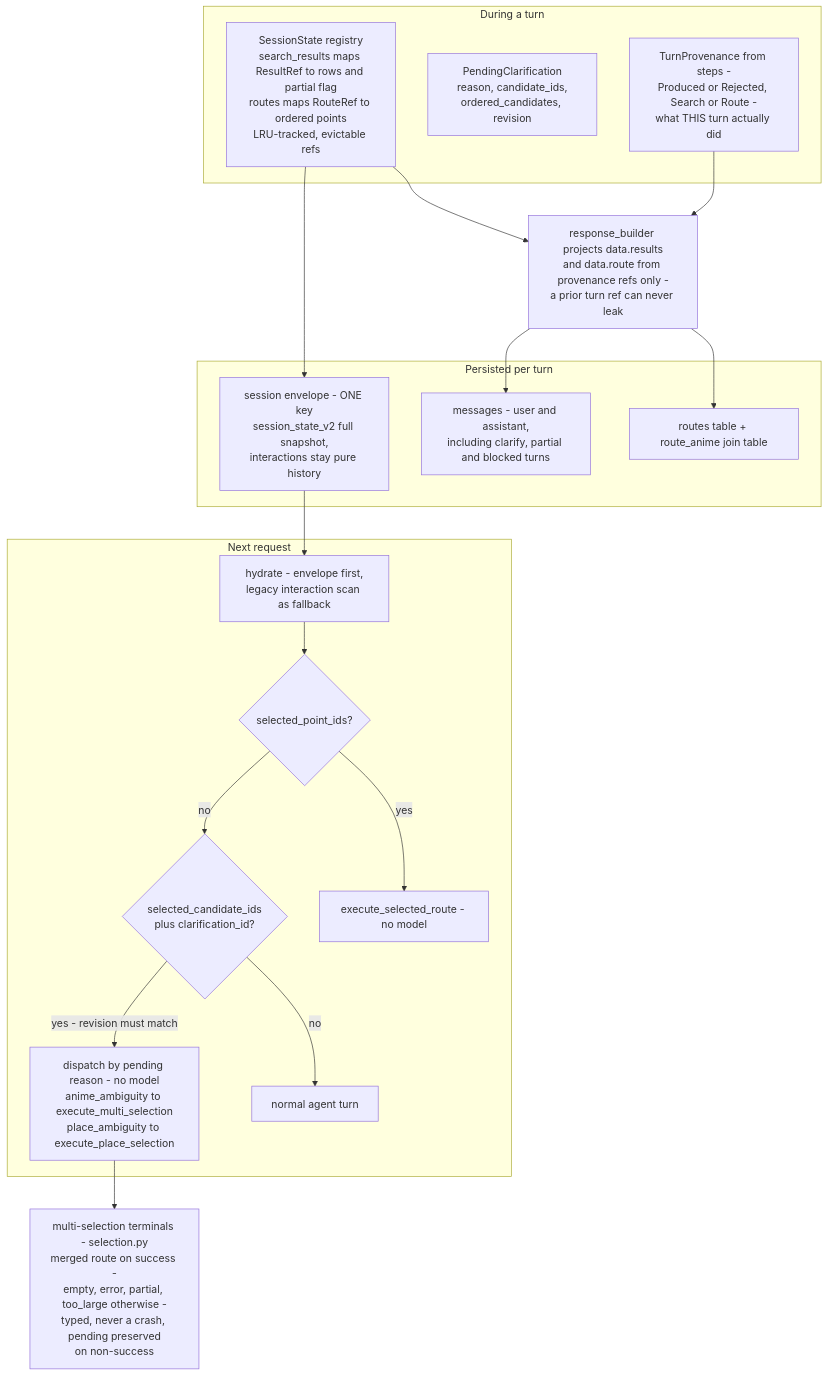
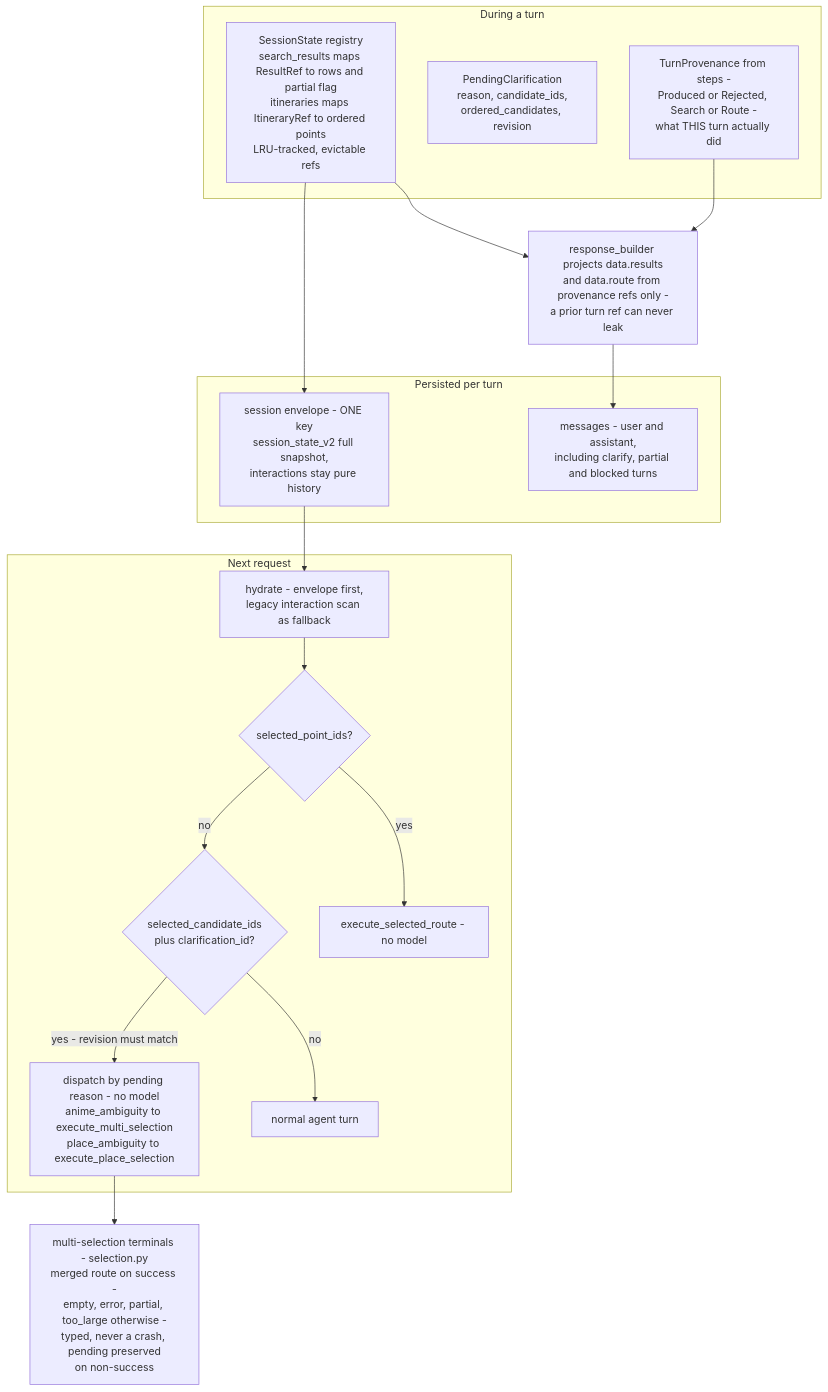
The fifth of 5 diagrams in docs/architecture-diagrams.md (lifeodyssey/animichi), drawn with Mermaid before and after one commit. The commit also changed other lines of this file and 162 other files, not shown here.

````diff
--- a/docs/architecture-diagrams.md
+++ b/docs/architecture-diagrams.md
@@ -201,39 +201,37 @@
 ```mermaid
 flowchart TD
     subgraph TURN["During a turn"]
-        REGY["SessionState registry<br/>search_results maps ResultRef to rows and partial flag<br/>routes maps RouteRef to ordered points<br/>LRU-tracked, evictable refs"]
+        REGY["SessionState registry<br/>search_results maps ResultRef to rows and partial flag<br/>itineraries maps ItineraryRef to ordered points<br/>LRU-tracked, evictable refs"]
         PEND["PendingClarification<br/>reason, candidate_ids,<br/>ordered_candidates, revision"]
         PROV["TurnProvenance from steps -<br/>Produced or Rejected, Search or Route -<br/>what THIS turn actually did"]
     end
 
     PROJ["response_builder projects data.results<br/>and data.route from provenance refs only -<br/>a prior turn ref can never leak"]
     REGY --> PROJ
     PROV --> PROJ
 
     subgraph SAVE["Persisted per turn"]
         ENV["session envelope - ONE key<br/>session_state_v2 full snapshot,<br/>interactions stay pure history"]
         MSGS["messages - user and assistant,<br/>including clarify, partial and blocked turns"]
-        RTBL["routes table + route_anime join table"]
     end
 
     REGY --> ENV
     PROJ --> MSGS
-    PROJ --> RTBL
 
     subgraph NEXTTURN["Next request"]
         HYD["hydrate - envelope first,<br/>legacy interaction scan as fallback"]
         Q1{"selected_point_ids?"}
         Q2{"selected_candidate_ids<br/>plus clarification_id?"}
         SELR["execute_selected_route - no model"]
         DISP["dispatch by pending reason - no model<br/>anime_ambiguity to execute_multi_selection<br/>place_ambiguity to execute_place_selection"]
         NORM["normal agent turn"]
     end
 
     ENV --> HYD --> Q1
     Q1 -->|yes| SELR
     Q1 -->|no| Q2
     Q2 -->|"yes - revision must match"| DISP
     Q2 -->|no| NORM
 
     DISP --> TERM["multi-selection terminals - selection.py<br/>merged route on success -<br/>empty, error, partial, too_large otherwise -<br/>typed, never a crash, pending preserved<br/>on non-success"]
 ```
````
